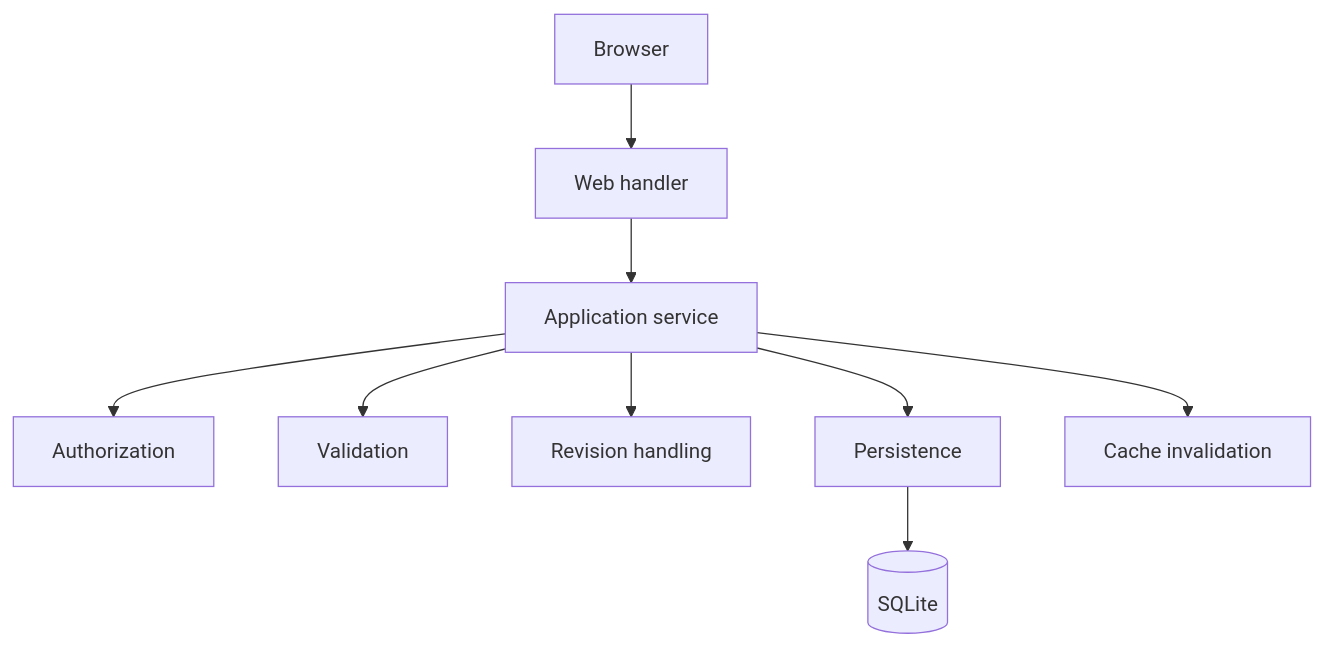
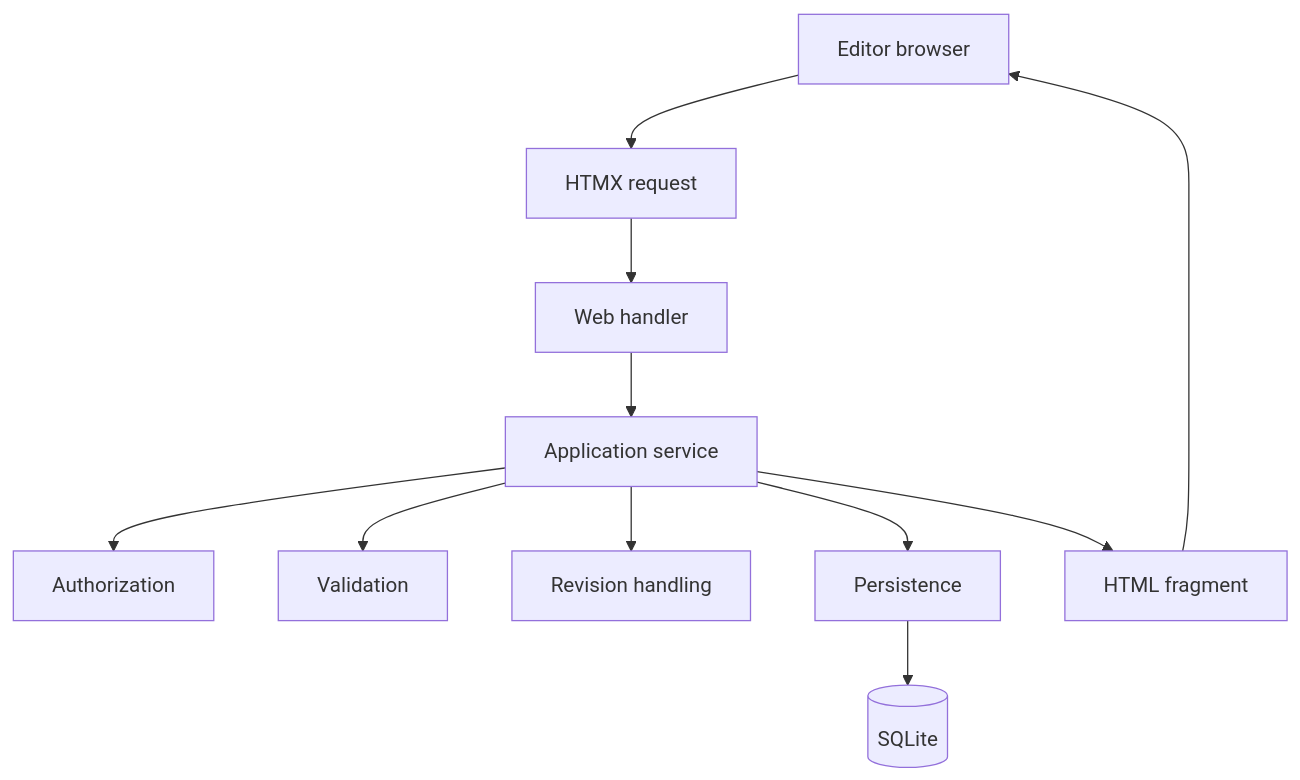
One commit to Natoandro/verso changed the first of 2 diagrams in docs/design/editor.md. Above: the diagram before and after it, drawn with Mermaid. The commit also changed other lines of this file and 62 other files, not shown here.

Commit message:
refactor(editor): adopt server-rendered HTMX architecture

````diff
--- a/docs/design/editor.md
+++ b/docs/design/editor.md
@@ -34,11 +35,13 @@
 ```mermaid
 flowchart TB
-    browser["Browser"] --> handler["Web handler"]
+    browser["Editor browser"] --> htmx["HTMX request"]
+    htmx --> handler["Web handler"]
     handler --> application["Application service"]
     application --> authorization["Authorization"]
     application --> validation["Validation"]
     application --> revision["Revision handling"]
     application --> persistence["Persistence"]
-    application --> invalidation["Cache invalidation"]
     persistence --> sqlite[("SQLite")]
+    application --> fragment["HTML fragment"]
+    fragment --> browser
 ```
````
